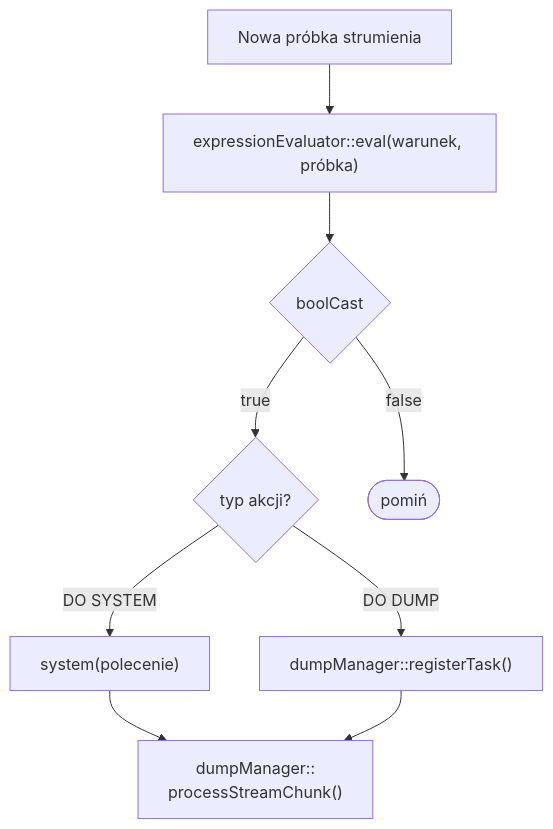
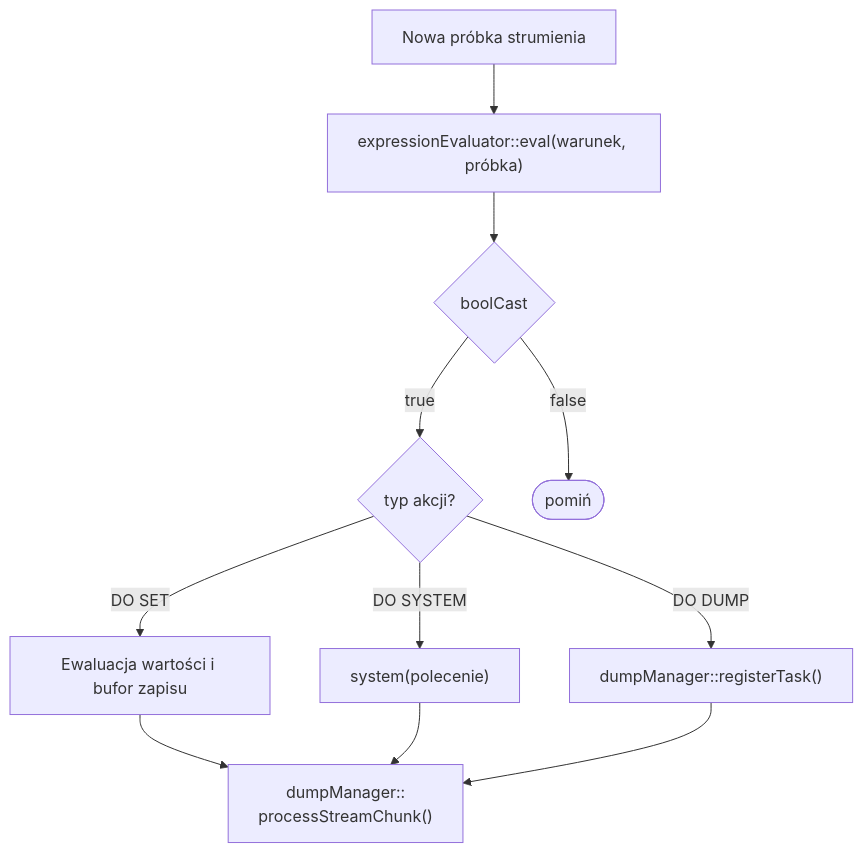
One commit to michalwidera/dokumentacja-rdb changed the second of 4 diagrams in realizacja-zapytan/realizacja-alarowania.md. Above: the diagram before and after it, drawn with Mermaid. The commit also changed other lines of this file and 15 other files, not shown here.

````diff
--- a/realizacja-zapytan/realizacja-alarowania.md
+++ b/realizacja-zapytan/realizacja-alarowania.md
@@ -35,12 +35,14 @@
 ```mermaid
 %%{init: {"markdownAutoWrap": false}}%%
 flowchart TD
     A["Nowa próbka strumienia"] --> B["expressionEvaluator::eval(warunek, próbka)"]
     B --> C{boolCast}
     C -->|true| D{typ akcji?}
     C -->|false| E([pomiń])
     D -->|DO SYSTEM| F["system(polecenie)"]
     D -->|DO DUMP| G["dumpManager::registerTask()"]
+    D -->|DO SET| I["Ewaluacja wartości i bufor zapisu"]
+    I --> H
     F --> H["dumpManager::<br/>processStreamChunk()"]
     G --> H
 ```
````
